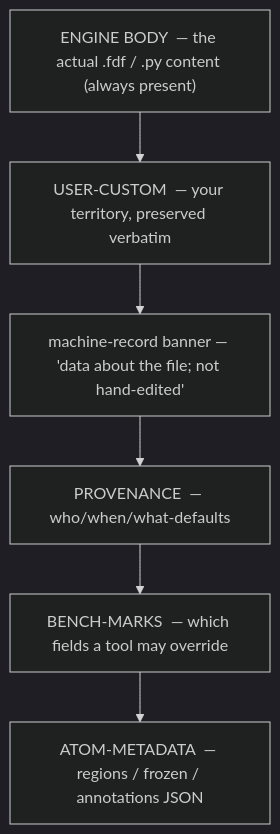
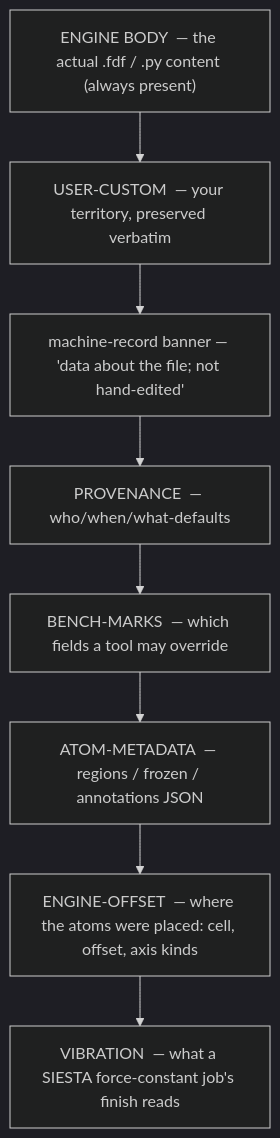
Before and after one commit to Qing-LAB/molbuilder: the second of 3 diagrams in docs/execution/job-contracts.md, drawn with Mermaid (dark theme). The commit also changed other lines of this file and 61 other files, not shown here.

````diff
--- a/docs/execution/job-contracts.md
+++ b/docs/execution/job-contracts.md
@@ -1093,10 +1094,12 @@
 ```mermaid
 flowchart TD
     E["ENGINE BODY  — the actual .fdf / .py content (always present)"]
     U["USER-CUSTOM  — your territory, preserved verbatim"]
     M["machine-record banner — 'data about the file; not hand-edited'"]
     P["PROVENANCE  — who/when/what-defaults"]
     B["BENCH-MARKS  — which fields a tool may override"]
     A["ATOM-METADATA  — regions / frozen / annotations JSON"]
-    E --> U --> M --> P --> B --> A
+    O["ENGINE-OFFSET  — where the atoms were placed: cell, offset, axis kinds"]
+    V["VIBRATION  — what a SIESTA force-constant job's finish reads"]
+    E --> U --> M --> P --> B --> A --> O --> V
 ```
````
